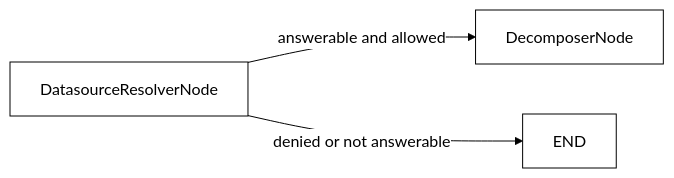
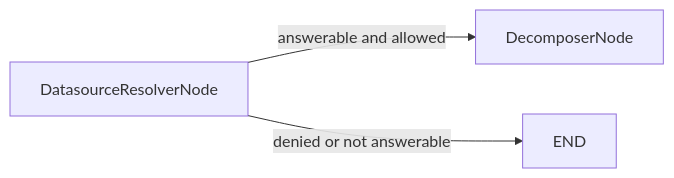
Before and after one commit to nadeem4/nl2sql: the diagram in docs/architecture/nodes/datasource_resolver_node.md, drawn with Mermaid. The commit also changed 5 other files, not shown here.

````diff
--- a/docs/architecture/nodes/datasource_resolver_node.md
+++ b/docs/architecture/nodes/datasource_resolver_node.md
@@ -40,6 +40,5 @@
 ```mermaid
-%%{init: {'theme':'base','themeVariables':{'primaryColor':'#ffffff','primaryTextColor':'#000000','primaryBorderColor':'#000000','lineColor':'#000000'}}}%%
 flowchart LR
     Resolver[DatasourceResolverNode] -->|answerable and allowed| Decomposer[DecomposerNode]
     Resolver -->|denied or not answerable| EndNode[END]
 ```
````
